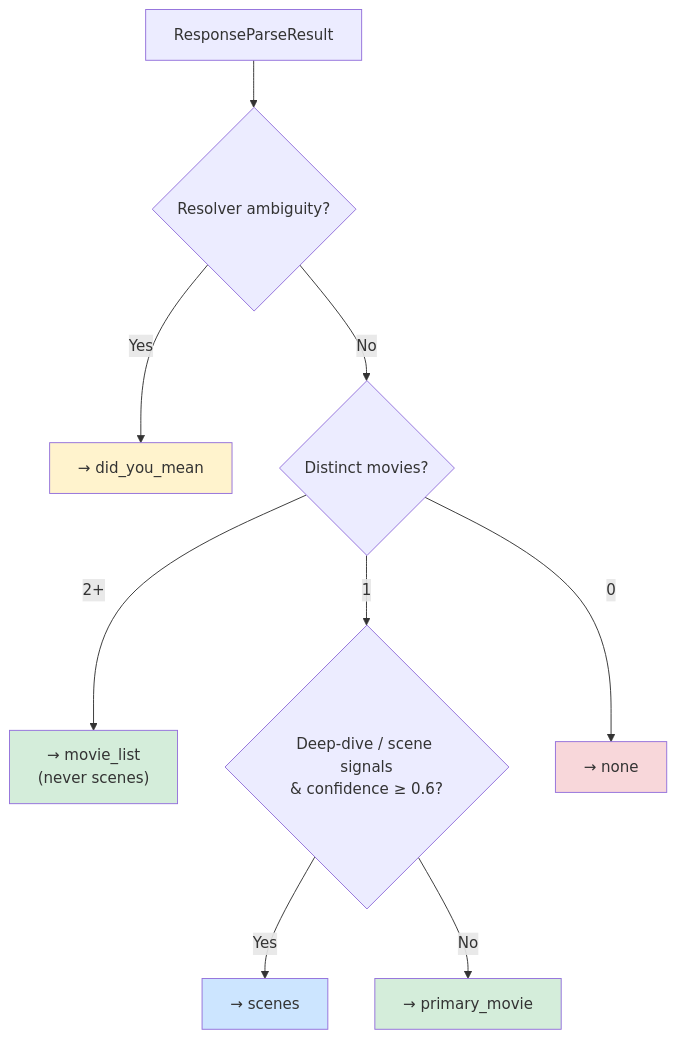
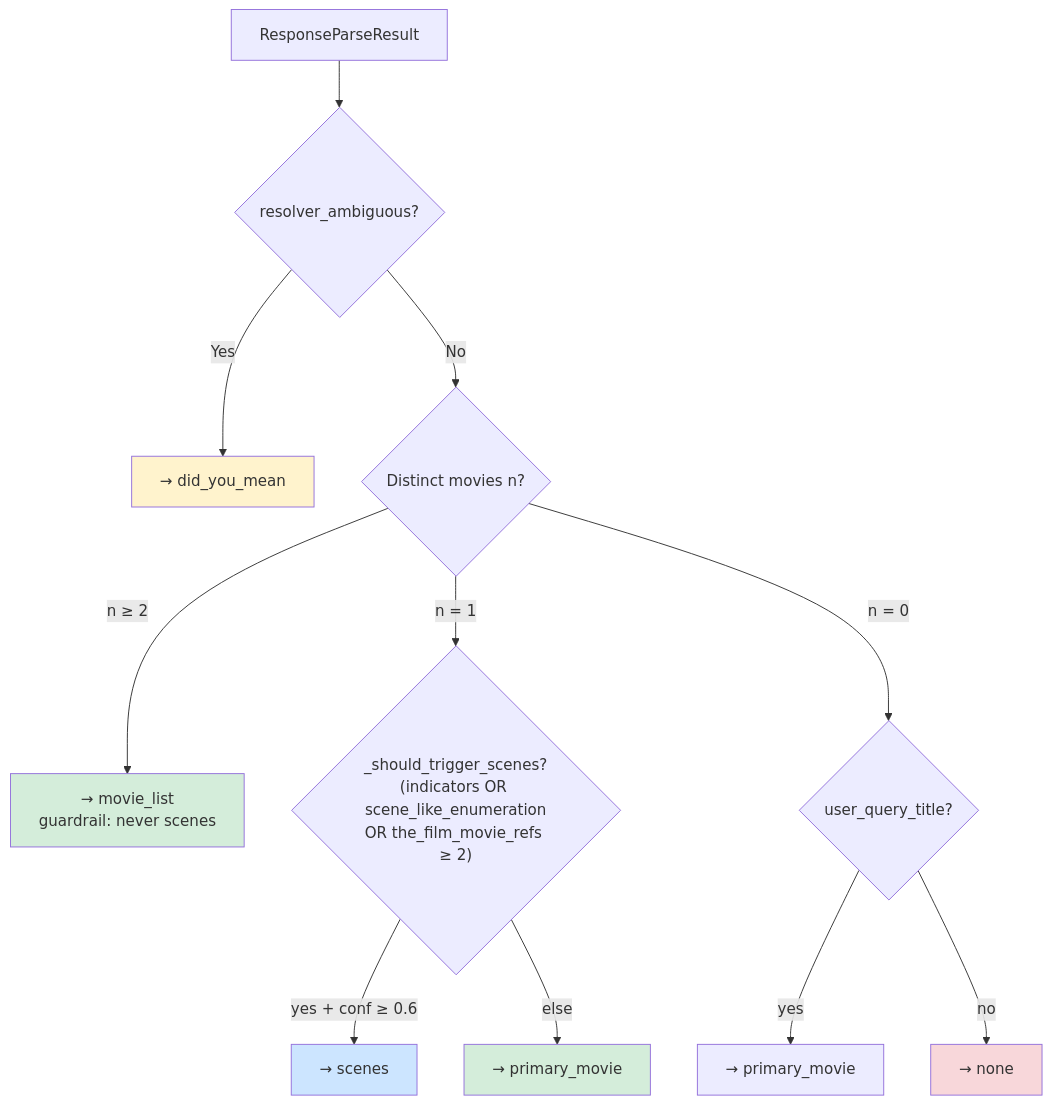
The fifth of 7 diagrams in docs/features/media/MEDIA_ENRICHMENT.md (mayad123/movieAgent), drawn with Mermaid before and after one commit. The commit also changed other lines of this file and 128 other files, not shown here.

````diff
--- a/docs/features/media/MEDIA_ENRICHMENT.md
+++ b/docs/features/media/MEDIA_ENRICHMENT.md
@@ -192,17 +309,19 @@
 ```mermaid
 flowchart TD
-    PARSE["ResponseParseResult"] --> AMB{"Resolver ambiguity?"}
+    PARSE["ResponseParseResult"] --> AMB{"resolver_ambiguous?"}
     AMB -->|Yes| DYM["→ did_you_mean"]
-    AMB -->|No| COUNT{"Distinct movies?"}
-    COUNT -->|"2+"| LIST["→ movie_list<br/>(never scenes)"]
-    COUNT -->|"1"| SIGNALS{"Deep-dive / scene signals<br/>& confidence ≥ 0.6?"}
-    SIGNALS -->|Yes| SCENES["→ scenes"]
-    SIGNALS -->|No| PRIMARY["→ primary_movie"]
-    COUNT -->|"0"| NONE["→ none"]
+    AMB -->|No| COUNT{"Distinct movies n?"}
+    COUNT -->|"n ≥ 2"| LIST["→ movie_list<br/>guardrail: never scenes"]
+    COUNT -->|"n = 1"| SCENE{"_should_trigger_scenes?<br/>(indicators OR scene_like_enumeration<br/>OR the_film_movie_refs ≥ 2)"}
+    SCENE -->|yes + conf ≥ 0.6| SC["→ scenes"]
+    SCENE -->|else| PRIMARY["→ primary_movie"]
+    COUNT -->|"n = 0"| QT{"user_query_title?"}
+    QT -->|yes| PRIMARY2["→ primary_movie"]
+    QT -->|no| NONE["→ none"]
 
     style DYM fill:#fff3cd
     style LIST fill:#d4edda
-    style SCENES fill:#cce5ff
+    style SC fill:#cce5ff
     style PRIMARY fill:#d4edda
     style NONE fill:#f8d7da
 ```
````
